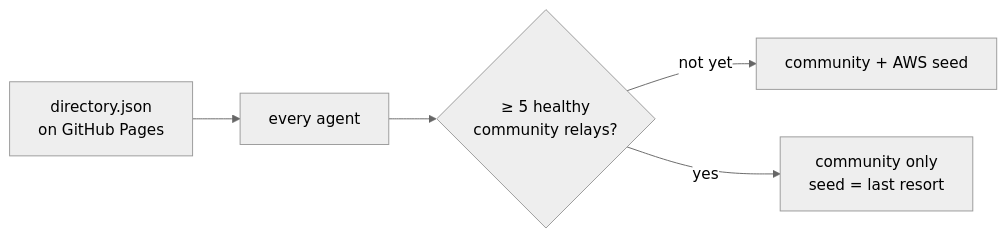
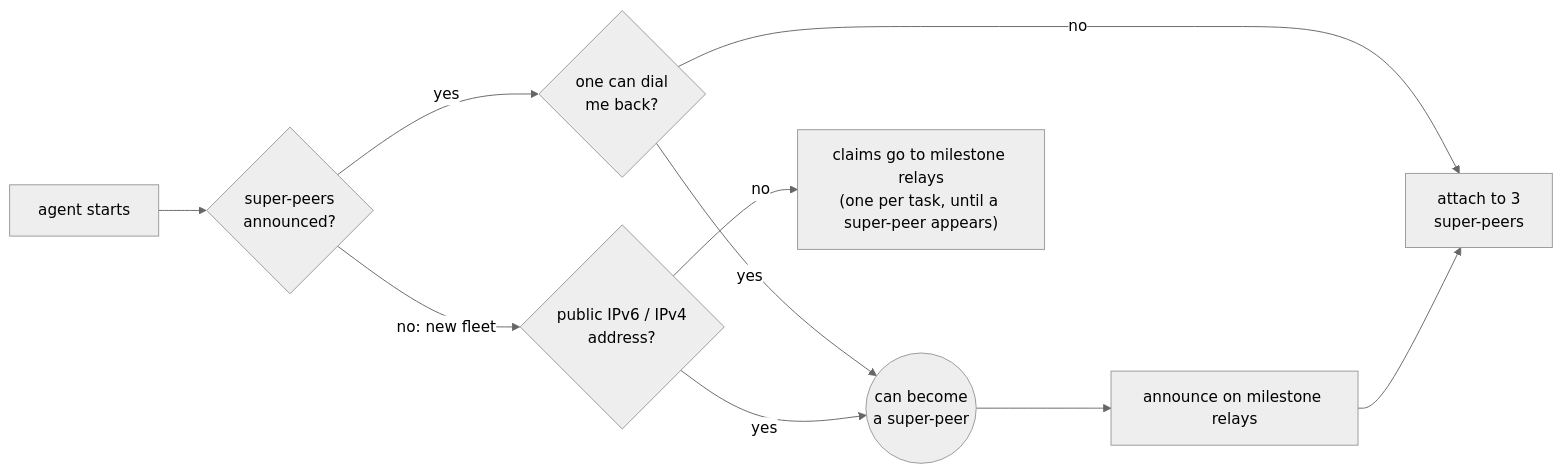
One commit to tomoliveri/remedy-atlas changed the sixth of 6 diagrams in README.md. Above: the diagram before and after it, drawn with Mermaid (neutral theme). The commit also changed other lines of this file and 8 other files, not shown here.

First line of the commit message:
feat: no project servers; agents found the mesh themselves, AWS seed retired

````diff
--- a/README.md
+++ b/README.md
@@ -233,7 +228,11 @@
 ```mermaid
 flowchart LR
-    D["directory.json<br/>on GitHub Pages"] --> AG["every agent"]
-    AG --> H{"≥ 5 healthy<br/>community relays?"}
-    H -- "not yet" --> MIX["community + AWS seed"]
-    H -- "yes" --> COM["community only<br/>seed = last resort"]
+    A["agent starts"] --> S{"super-peers<br/>announced?"}
+    S -- "yes" --> P{"one can dial<br/>me back?"}
+    S -- "no: new fleet" --> G{"public IPv6 / IPv4<br/>address?"}
+    P -- "yes" --> SP(("can become<br/>a super-peer"))
+    G -- "yes" --> SP
+    P -- "no" --> AT["attach to 3<br/>super-peers"]
+    G -- "no" --> FB["claims go to milestone relays<br/>(one per task, until a super-peer appears)"]
+    SP --> AN["announce on milestone relays"] --> AT
 ```
````
